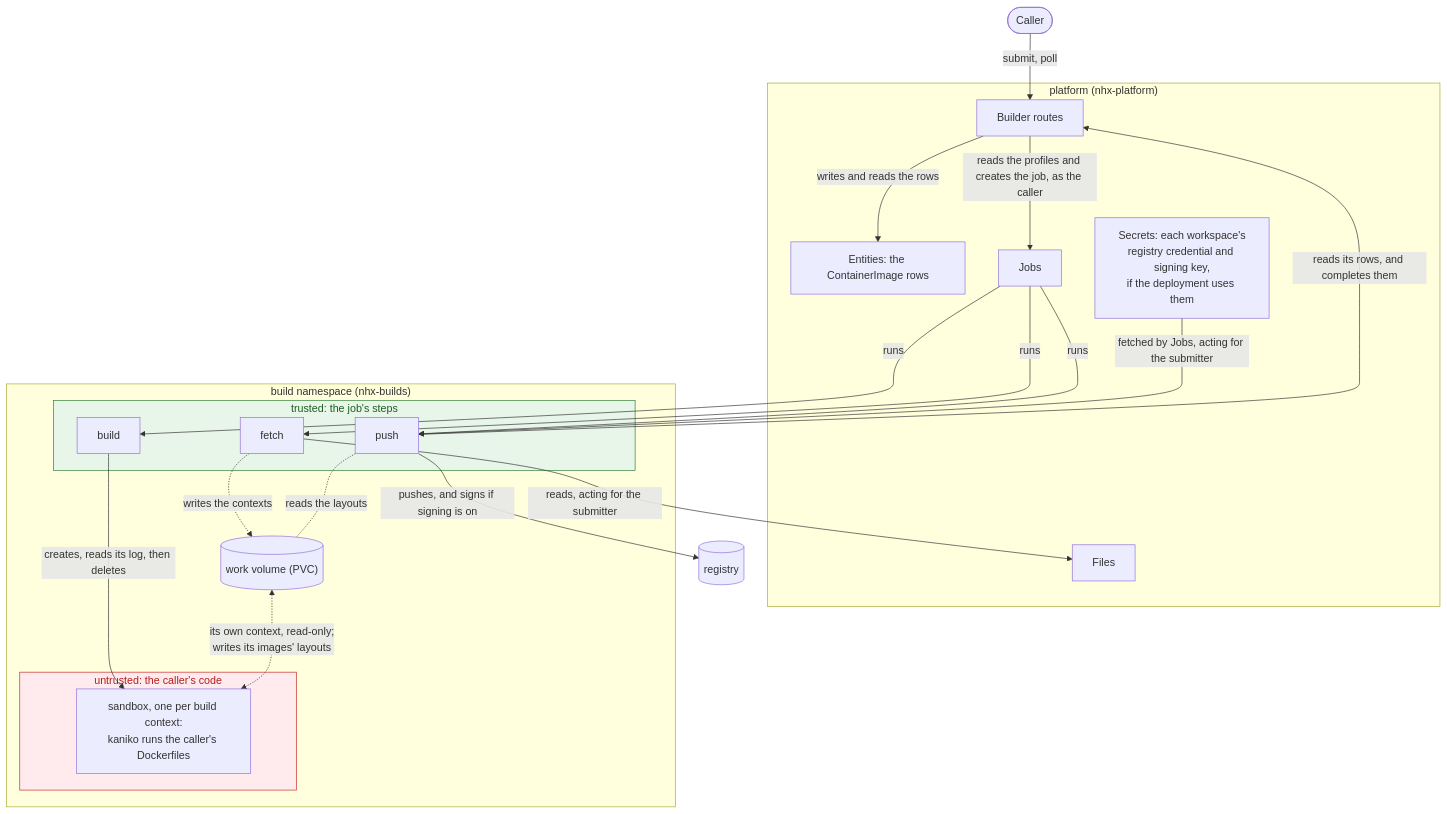
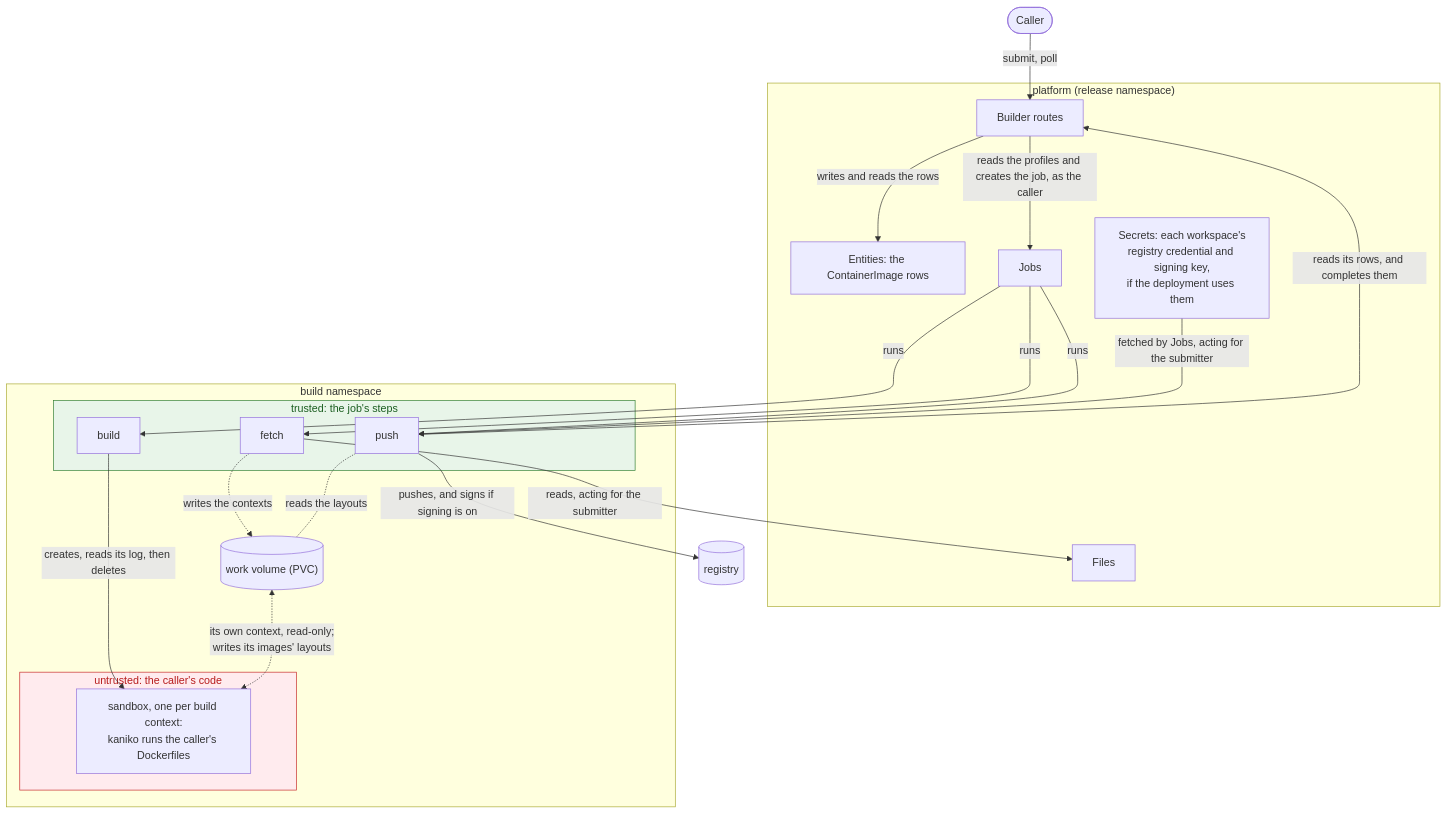
One commit to NVIDIA-NeMo/nemo-helix changed the first of 2 diagrams in plugins/nemo-builder/README.md. Above: the diagram before and after it, drawn with Mermaid. The commit also changed other lines of this file and 22 other files, not shown here.

First line of the commit message:
feat(builder): add it to the platform's Helm chart

````diff
--- a/plugins/nemo-builder/README.md
+++ b/plugins/nemo-builder/README.md
@@ -281,39 +391,39 @@
 ```mermaid
 flowchart TB
     caller([Caller])
-    subgraph platform ["platform (nhx-platform)"]
+    subgraph platform ["platform (release namespace)"]
         api[Builder routes]
         entities["Entities: the ContainerImage rows"]
         jobs[Jobs]
         files[Files]
         secrets["Secrets: each workspace's<br/>registry credential and signing key,<br/>if the deployment uses them"]
     end
-    subgraph builds ["build namespace (nhx-builds)"]
+    subgraph builds ["build namespace"]
         subgraph trusted ["trusted: the job's steps"]
             fetch[fetch]
             build[build]
             push[push]
         end
         work[("work volume (PVC)")]
         subgraph untrusted ["untrusted: the caller's code"]
             sandbox["sandbox, one per build context:<br/>kaniko runs the caller's Dockerfiles"]
         end
     end
     registry[(registry)]
 
     caller -->|submit, poll| api
     api -->|writes and reads the rows| entities
     api -->|reads the profiles and creates the job, as the caller| jobs
     jobs -->|runs| fetch & build & push
     fetch -->|reads, acting for the submitter| files
     build -->|creates, reads its log, then deletes| sandbox
     fetch -.->|writes the contexts| work
     push -.-|reads the layouts| work
     work <-.->|"its own context, read-only;<br/>writes its images' layouts"| sandbox
     secrets -->|fetched by Jobs, acting for the submitter| push
     push -->|pushes, and signs if signing is on| registry
     push -->|reads its rows, and completes them| api
 
     style trusted fill:#e8f5e9,stroke:#2e7d32,color:#1b5e20
     style untrusted fill:#ffebee,stroke:#c62828,color:#b71c1c
 ```
````
